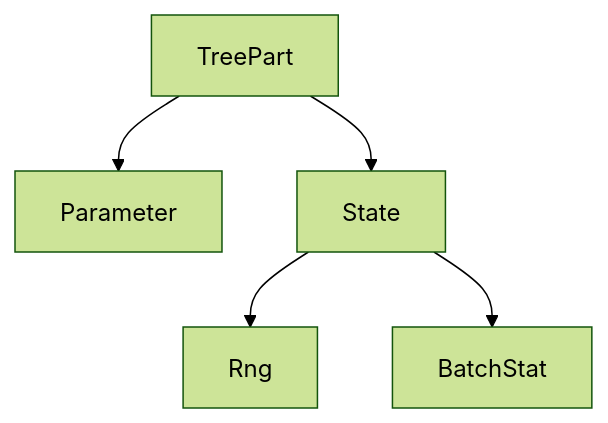
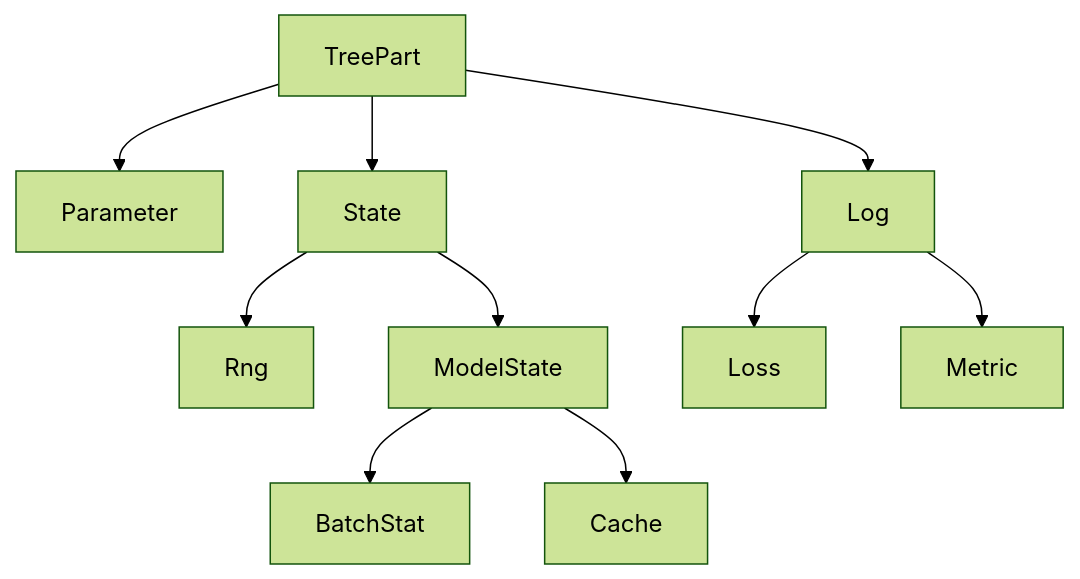
Before and after one commit to cgarciae/treex: the diagram in README.md, drawn with Mermaid (forest theme). The commit also changed other lines of this file and 2 other files, not shown here.

Commit message:
organize types

````diff
--- a/README.md
+++ b/README.md
@@ -374,7 +374,12 @@
 ```mermaid
 graph TD;
     TreePart-->Parameter;
     TreePart-->State;
     State-->Rng;
-    State-->BatchStat;
+    State-->ModelState;
+    ModelState-->BatchStat;
+    ModelState-->Cache;
+    TreePart-->Log;
+    Log-->Loss;
+    Log-->Metric;
 ```
````
